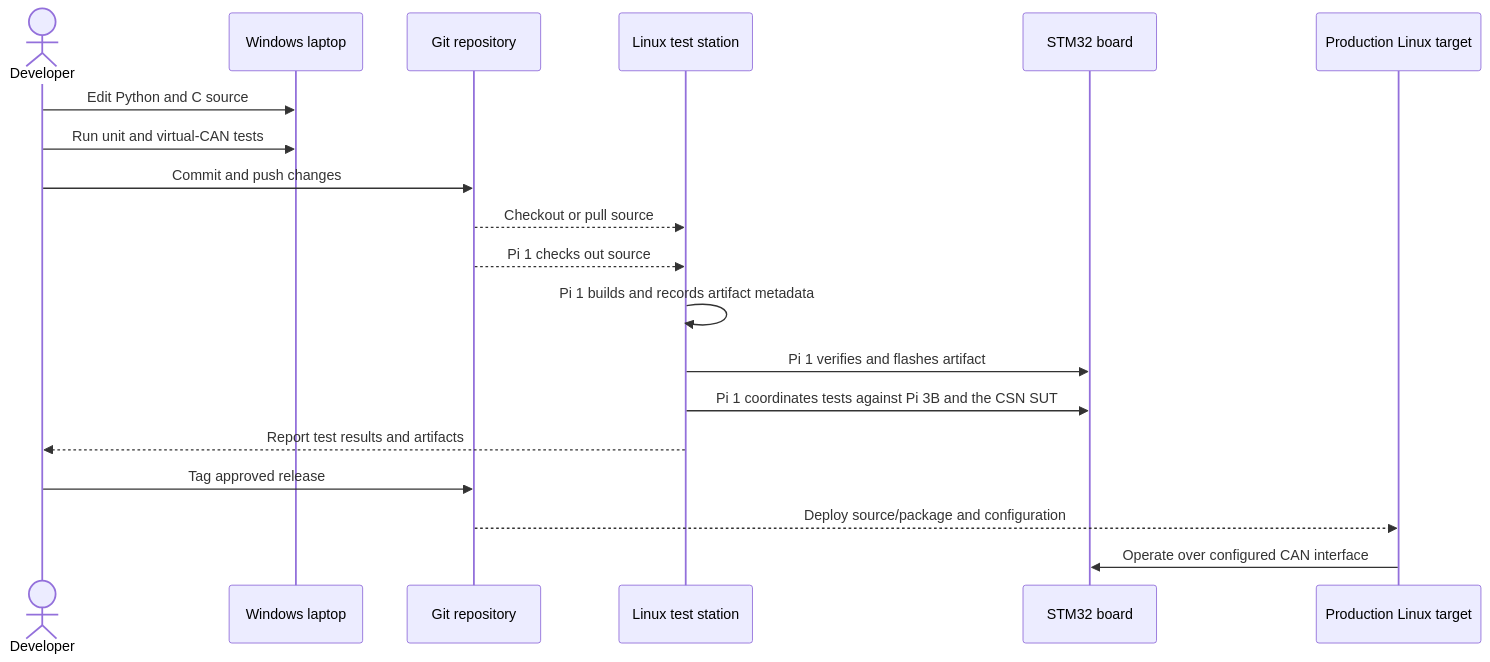
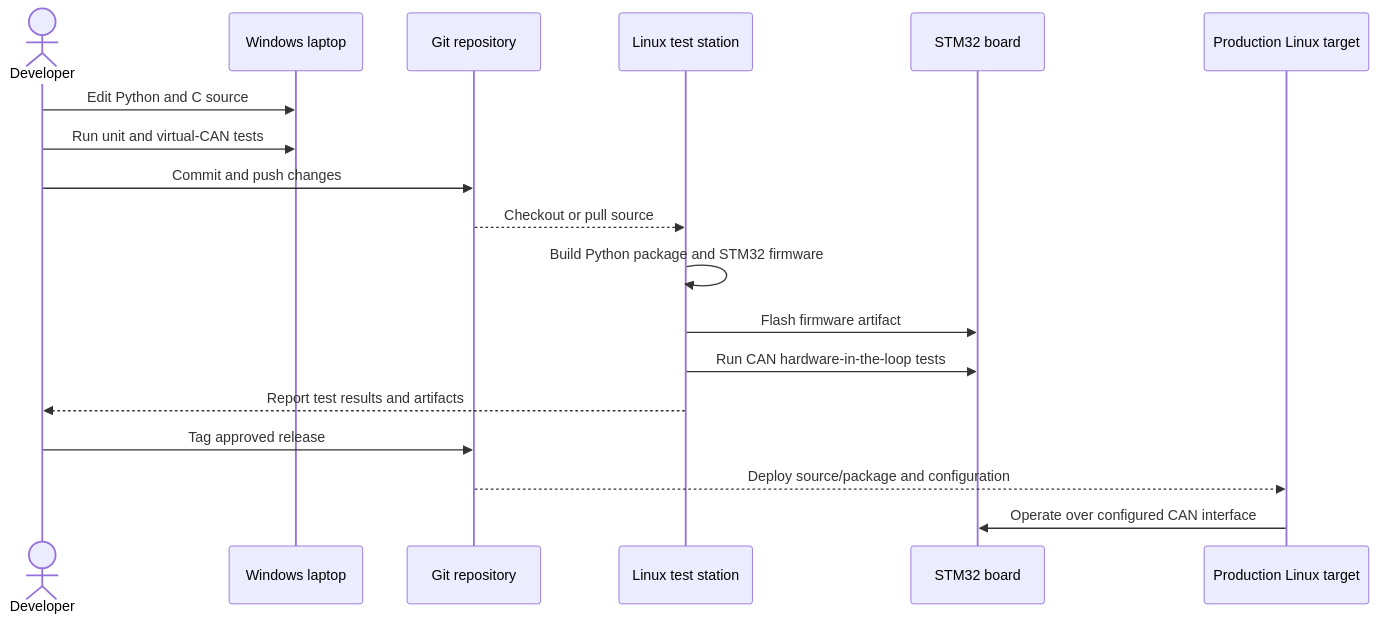
The fourth of 4 diagrams in Architecture/Infrastructure/DevelopmentInfrastructure.md (robse2069/ProcessControl), drawn with Mermaid before and after one commit. The commit also changed other lines of this file and 2 other files, not shown here.

````diff
--- a/Architecture/Infrastructure/DevelopmentInfrastructure.md
+++ b/Architecture/Infrastructure/DevelopmentInfrastructure.md
@@ -497,22 +465,21 @@
 ```mermaid
 sequenceDiagram
     actor Developer
     participant Win as Windows laptop
     participant Git as Git repository
     participant Linux as Linux test station
     participant FW as STM32 board
     participant Pi as Production Linux target
 
     Developer->>Win: Edit Python and C source
     Developer->>Win: Run unit and virtual-CAN tests
     Developer->>Git: Commit and push changes
     Git-->>Linux: Checkout or pull source
-    Git-->>Linux: Pi 1 checks out source
-    Linux->>Linux: Pi 1 builds and records artifact metadata
-    Linux->>FW: Pi 1 verifies and flashes artifact
-    Linux->>FW: Pi 1 coordinates tests against Pi 3B and the CSN SUT
+    Linux->>Linux: Build Python package and STM32 firmware
+    Linux->>FW: Flash firmware artifact
+    Linux->>FW: Run CAN hardware-in-the-loop tests
     Linux-->>Developer: Report test results and artifacts
     Developer->>Git: Tag approved release
     Git-->>Pi: Deploy source/package and configuration
     Pi->>FW: Operate over configured CAN interface
 ```
````
